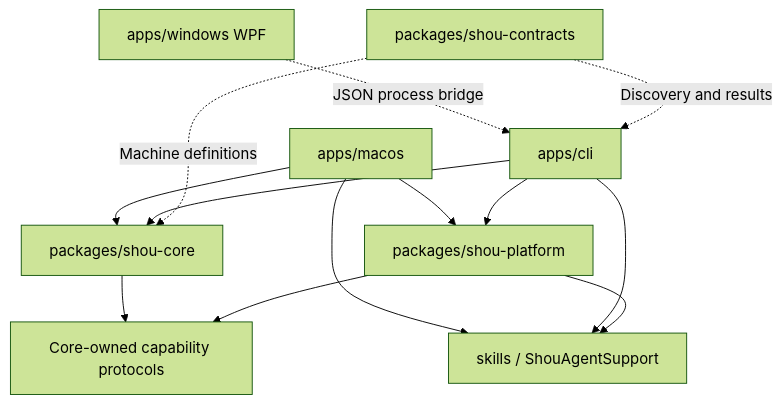
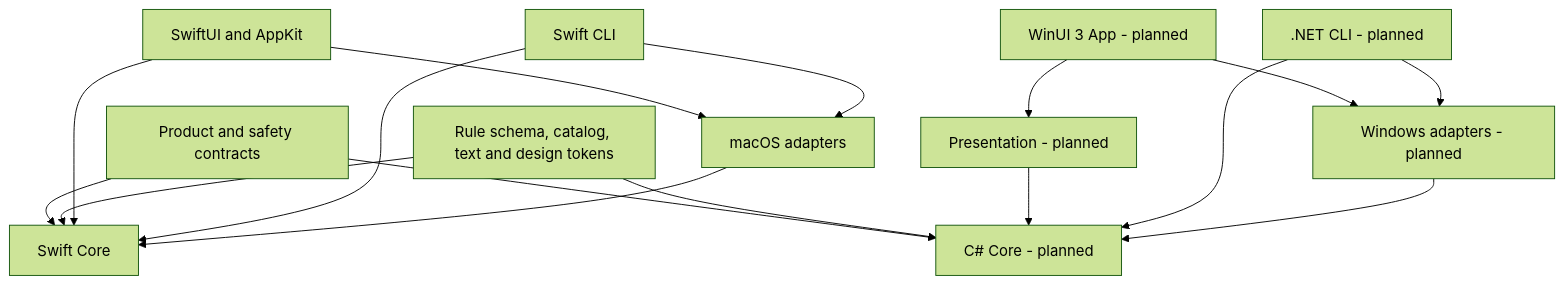
One commit to limecloud/shou changed the diagram in docs/architecture/monorepo-and-platforms.md. Above: the diagram before and after it, drawn with Mermaid (forest theme). The commit also changed other lines of this file and 312 other files, not shown here.

````diff
--- a/docs/architecture/monorepo-and-platforms.md
+++ b/docs/architecture/monorepo-and-platforms.md
@@ -41,15 +11,18 @@
 ```mermaid
 flowchart TB
-    Mac[apps/macos] --> Core[packages/shou-core]
-    Mac --> Platform[packages/shou-platform]
-    CLI[apps/cli] --> Core
-    CLI --> Platform
-    Mac --> AgentSupport[skills / ShouAgentSupport]
-    CLI --> AgentSupport
-    Platform --> AgentSupport
-    Windows[apps/windows WPF] -.JSON process bridge.-> CLI
-    Core --> Protocols[Core-owned capability protocols]
-    Platform --> Protocols
-    Contracts[packages/shou-contracts] -.Machine definitions.-> Core
-    Contracts -.Discovery and results.-> CLI
+    Contract[Product and safety contracts] --> MacCore[Swift Core]
+    Contract --> WinCore[C# Core - planned]
+    Resources[Rule schema, catalog, text and design tokens] --> MacCore
+    Resources --> WinCore
+    MacUI[SwiftUI and AppKit] --> MacCore
+    MacCLI[Swift CLI] --> MacCore
+    MacUI --> MacPlatform[macOS adapters]
+    MacCLI --> MacPlatform
+    MacPlatform --> MacCore
+    WinUI[WinUI 3 App - planned] --> VM[Presentation - planned]
+    VM --> WinCore
+    WinCLI[.NET CLI - planned] --> WinCore
+    WinUI --> WinPlatform[Windows adapters - planned]
+    WinCLI --> WinPlatform
+    WinPlatform --> WinCore
 ```
````
